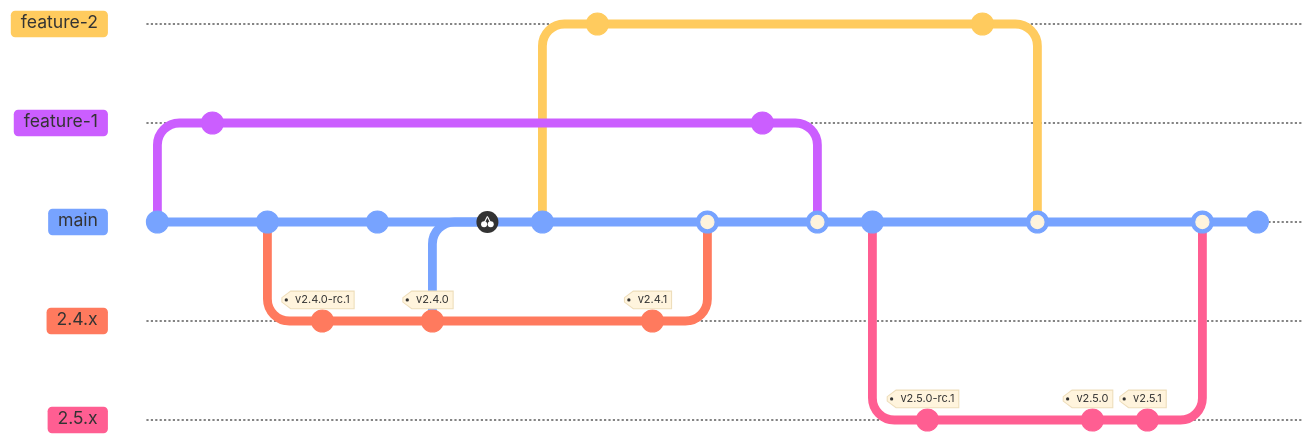
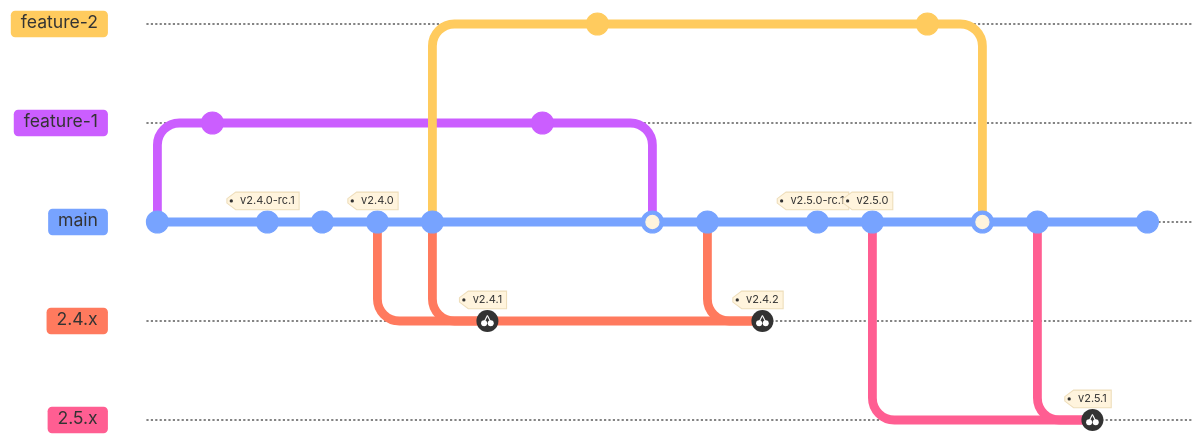
Before and after one commit to cloudamqp/lavinmq: the diagram in CONTRIBUTING.md, drawn with Mermaid. Commit ids are hidden.

Commit message:
update the graph in CONTRIBUTING to better reflect reality (mainly that we do bug fixes in main and cherry pick to release branches)

````diff
--- a/CONTRIBUTING.md
+++ b/CONTRIBUTING.md
@@ -52,45 +52,41 @@
 ```mermaid
 %%{ init: { 'theme': 'base', 'gitGraph': {'mainBranchOrder':2 }} }%%
 gitGraph
     commit
     branch feature-1 order: 1
+    checkout feature-1
     commit
     checkout main
-    commit id:"b"
-    branch 2.4.x  order: 3
+    commit id:"v2.4.0-rc.1" tag:"v2.4.0-rc.1"
+    commit id:"rc-fix"
+    commit id:"v2.4.0" tag:"v2.4.0"
+    branch 2.4.x order: 3
+    checkout main
+    commit id:"bugfix-1"
     checkout 2.4.x
-    commit id: "v2.4.0-rc.1" tag:"v2.4.0-rc.1"
+    cherry-pick id:"bugfix-1" tag:"v2.4.1"
+    checkout feature-1
+    commit
     checkout main
-    commit
-    checkout 2.4.x
-    commit id:"bugfix 1" tag:"v2.4.0"
-    checkout main
-    cherry-pick id:"bugfix 1" tag:""
-    commit
     branch feature-2 order: 0
     checkout feature-2
     commit
-    checkout 2.4.x
-    commit id:"bugfix 2" tag:"v2.4.1"
-    checkout 2.4.x
-    checkout main
-    merge 2.4.x
-    checkout feature-1
-    commit
     checkout main
     merge feature-1
+    commit id:"bugfix-2"
+    checkout 2.4.x
+    cherry-pick id:"bugfix-2" tag:"v2.4.2"
     checkout main
-    commit
-    branch 2.5.x  order: 4
-    commit id:"2.5.0-rc-1" tag:"v2.5.0-rc.1"
+    commit id:"v2.5.0-rc.1" tag:"v2.5.0-rc.1"
+    commit id:"v2.5.0" tag:"v2.5.0"
+    branch 2.5.x order: 4
     checkout feature-2
     commit
     checkout main
     merge feature-2
+    commit id:"bugfix-3"
     checkout 2.5.x
-    commit id:"bugfix 3" tag:"v2.5.0"
-    commit id:"bugfix 4" tag:"v2.5.1"
+    cherry-pick id:"bugfix-3" tag:"v2.5.1"
     checkout main
-    merge 2.5.x
     commit
 ```
````
